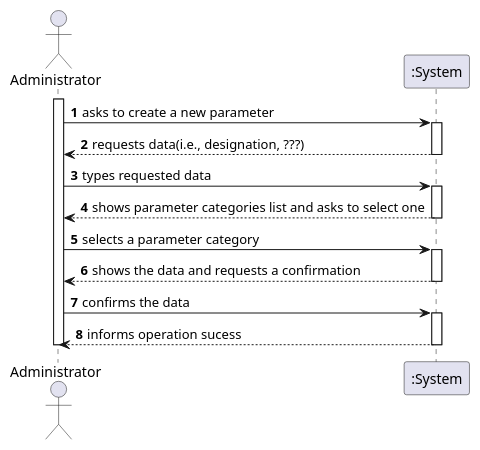
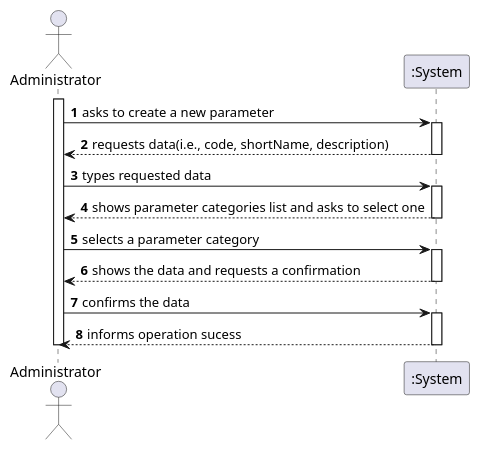
Before and after one commit to ana-albergaria/LAPR2-ISEP: the diagram in docs/SprintB/US_10/US10_SSD.puml, drawn with PlantUML. The commit also changed 7 other files, not shown here.

Commit message:
Updated US11 SVG Diagrams, Updated US10 SSD, created US10 SVG SSD Diagram and updated US10 Requirements.

```diff
--- a/docs/SprintB/US_10/US10_SSD.puml
+++ b/docs/SprintB/US_10/US10_SSD.puml
@@ -1,28 +1,28 @@
 @startuml
 autonumber
 actor "Administrator" as Adm
 
 activate Adm
 Adm-> ":System" : asks to create a new parameter
 activate ":System"
-":System" --> Adm : requests data(i.e., designation, ???)
+":System" --> Adm : requests data(i.e., code, shortName, description)
 deactivate ":System"
 
 Adm-> ":System" : types requested data
 activate ":System"
 ":System" --> Adm : shows parameter categories list and asks to select one
 deactivate ":System"
 
 Adm-> ":System" : selects a parameter category
 activate ":System"
 ":System" --> Adm : shows the data and requests a confirmation
 deactivate ":System"
 
 Adm-> ":System" : confirms the data
 activate ":System"
 ":System" --> Adm : informs operation sucess
 deactivate ":System"
 
 deactivate Adm
 
 @enduml
```
